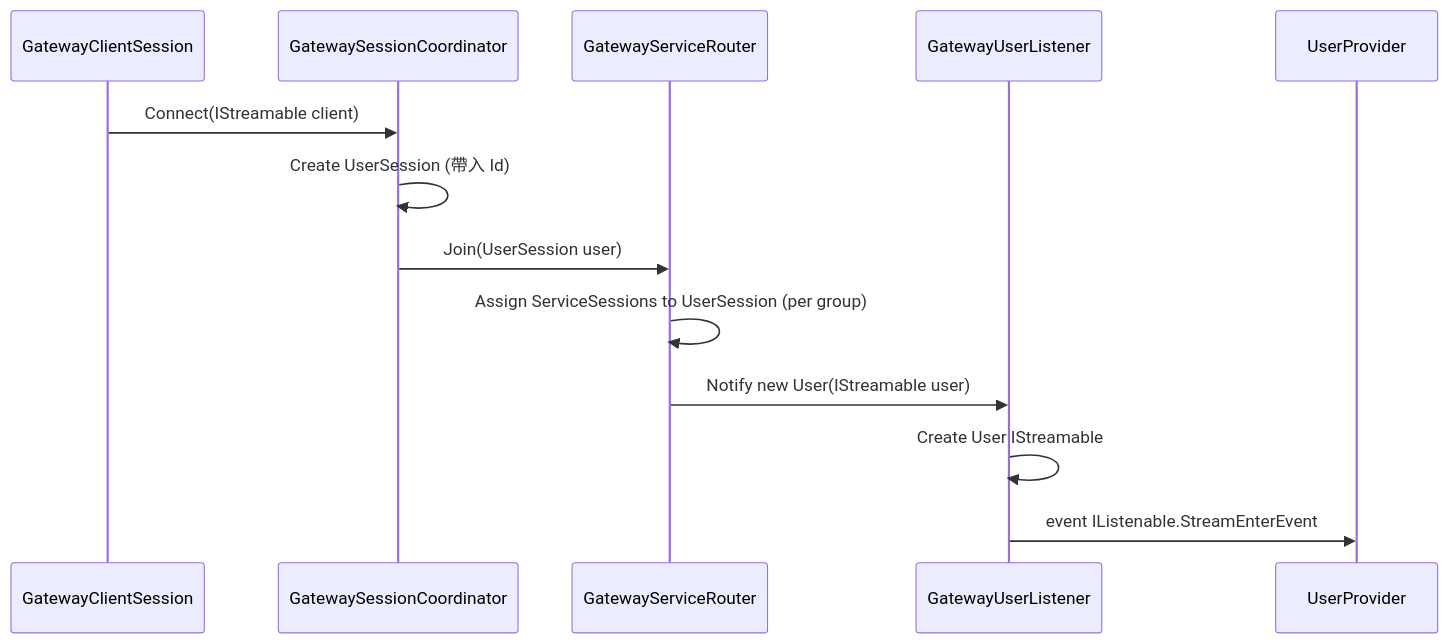
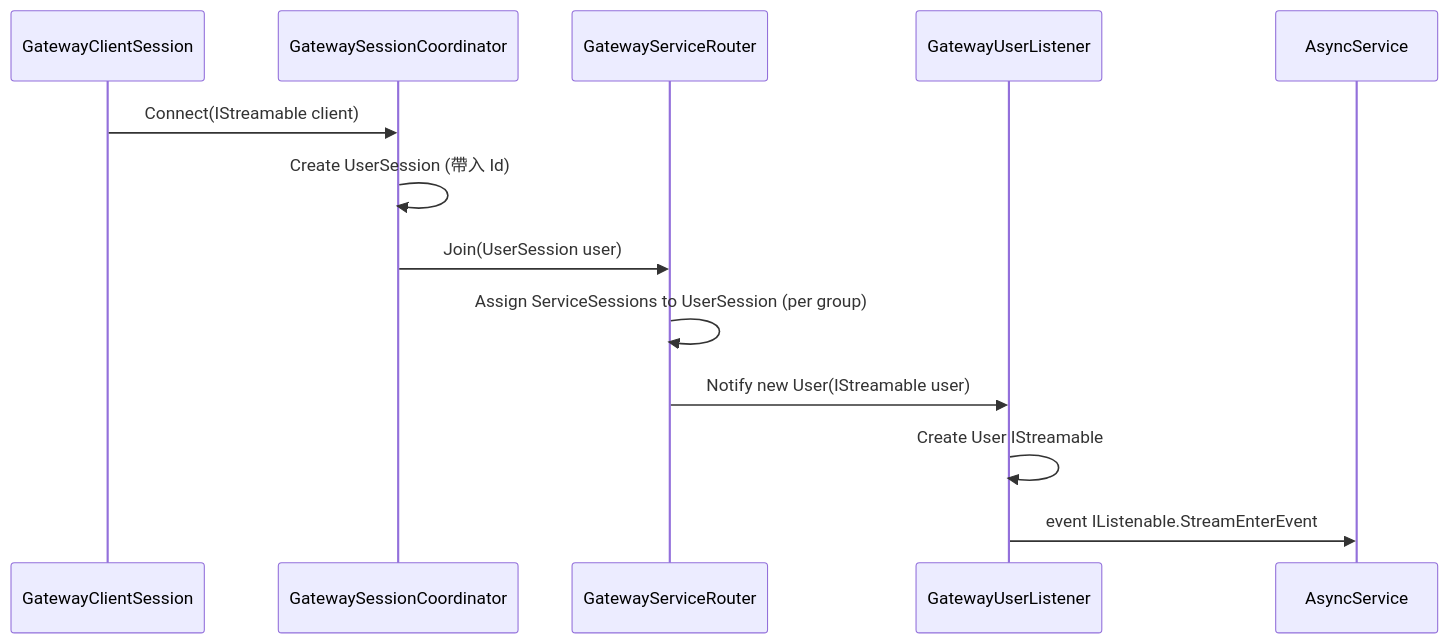
One commit to jiowchern/PinionCore.Remote changed the fourth of 6 diagrams in PinionCore.Remote.Gateway/design.md. Above: the diagram before and after it, drawn with Mermaid. The commit also changed other lines of this file and 19 other files, not shown here.

````diff
--- a/PinionCore.Remote.Gateway/design.md
+++ b/PinionCore.Remote.Gateway/design.md
@@ -172,16 +172,16 @@
 ```mermaid
 sequenceDiagram
     participant GatewayClientSession 
     participant GatewaySessionCoordinator
     participant GatewayServiceRouter
     participant GatewayUserListener
 
     GatewayClientSession ->> GatewaySessionCoordinator: Connect(IStreamable client)
     GatewaySessionCoordinator ->> GatewaySessionCoordinator : Create UserSession (帶入 Id)
     GatewaySessionCoordinator ->> GatewayServiceRouter: Join(UserSession user)
     GatewayServiceRouter ->> GatewayServiceRouter: Assign ServiceSessions to UserSession (per group)
     GatewayServiceRouter ->> GatewayUserListener: Notify new User(IStreamable user)
 
     GatewayUserListener ->> GatewayUserListener: Create User IStreamable
-    GatewayUserListener  ->> UserProvider: event IListenable.StreamEnterEvent
+    GatewayUserListener  ->> AsyncService: event IListenable.StreamEnterEvent
 ```
````
